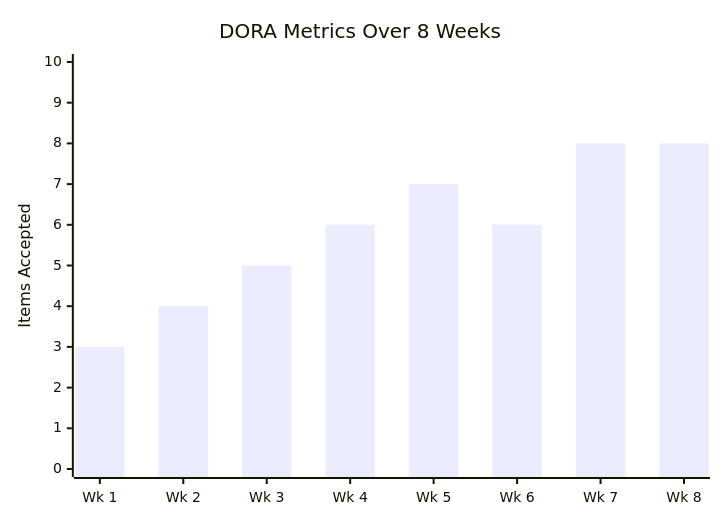
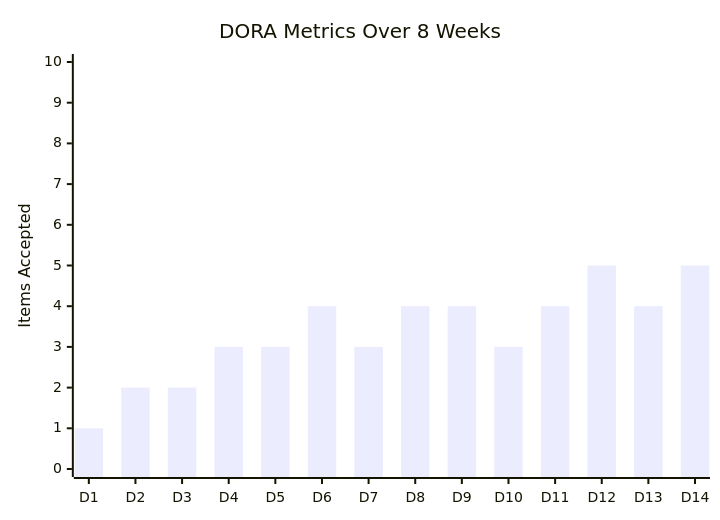
The second of 15 diagrams in docs/METRICS-GUIDE.md (rdunie/venutian-antfarm), drawn with Mermaid before and after one commit. The commit also changed other lines of this file, not shown here.

````diff
--- a/docs/METRICS-GUIDE.md
+++ b/docs/METRICS-GUIDE.md
@@ -210,7 +210,7 @@
 ```mermaid
 xychart-beta
     title "DORA Metrics Over 8 Weeks"
-    x-axis ["Wk 1", "Wk 2", "Wk 3", "Wk 4", "Wk 5", "Wk 6", "Wk 7", "Wk 8"]
+    x-axis ["D1", "D2", "D3", "D4", "D5", "D6", "D7", "D8", "D9", "D10", "D11", "D12", "D13", "D14"]
     y-axis "Items Accepted" 0 --> 10
-    bar [3, 4, 5, 6, 7, 6, 8, 8]
+    bar [1, 2, 2, 3, 3, 4, 3, 4, 4, 3, 4, 5, 4, 5]
 ```
````
